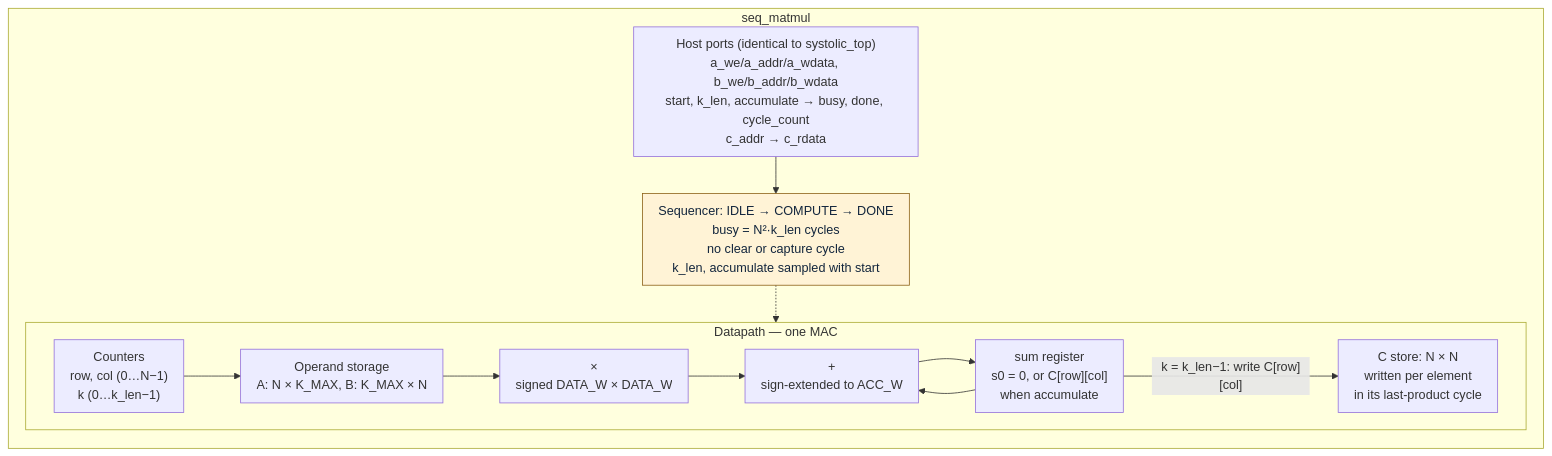
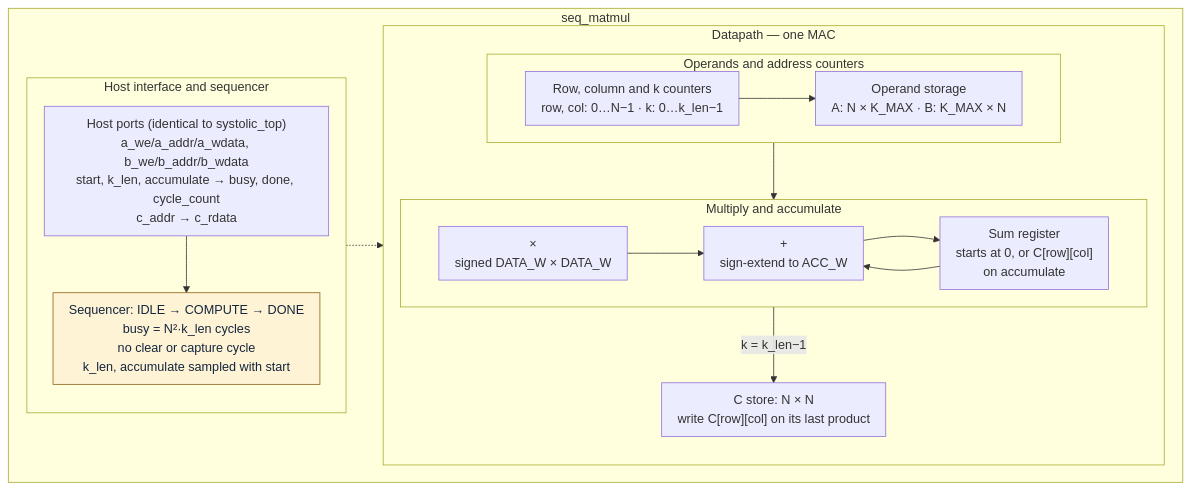
The diagram in docs/architecture/src/seq_baseline.mmd (vks-g/systolic-matmul-accelerator), drawn with Mermaid before and after one commit. The commit also changed 15 other files, not shown here.

Commit message:
docs(architecture): address diagram review feedback

```diff
--- a/docs/architecture/src/seq_baseline.mmd
+++ b/docs/architecture/src/seq_baseline.mmd
@@ -1,36 +1,44 @@
 ---
 config:
   flowchart:
     nodeSpacing: 24
     rankSpacing: 22
     padding: 10
     wrappingWidth: 320
 ---
-flowchart TB
+flowchart LR
   accTitle: Sequential baseline block diagram — one MAC, same host interface as the accelerator
   accDescr: seq_matmul keeps the same ports, address map and host protocol as systolic_top. Operand storage holds A and B. Row, column and k counters address the storage. A single multiplier and adder form one MAC; the running sum restarts at zero, or at the stored C element on an accumulate run. Each finished element is written to the C store in the cycle of its last product. The sequencer is busy for N squared times k_len cycles.
 
   subgraph top["seq_matmul"]
-    direction TB
-    host["Host ports (identical to systolic_top)<br/>a_we/a_addr/a_wdata, b_we/b_addr/b_wdata<br/>start, k_len, accumulate → busy, done, cycle_count<br/>c_addr → c_rdata"]
-    seq["Sequencer: IDLE → COMPUTE → DONE<br/>busy = N²·k_len cycles<br/>no clear or capture cycle<br/>k_len, accumulate sampled with start"]
+    direction LR
+    subgraph control["Host interface and sequencer"]
+      direction TB
+      host["Host ports (identical to systolic_top)<br/>a_we/a_addr/a_wdata, b_we/b_addr/b_wdata<br/>start, k_len, accumulate → busy, done, cycle_count<br/>c_addr → c_rdata"]
+      seq["Sequencer: IDLE → COMPUTE → DONE<br/>busy = N²·k_len cycles<br/>no clear or capture cycle<br/>k_len, accumulate sampled with start"]
+      host --> seq
+    end
     subgraph dp["Datapath — one MAC"]
-      direction LR
-      store["Operand storage<br/>A: N × K_MAX, B: K_MAX × N"]
-      ctr["Counters<br/>row, col (0…N−1)<br/>k (0…k_len−1)"]
-      mul["×<br/>signed DATA_W × DATA_W"]
-      add["+<br/>sign-extended to ACC_W"]
-      sum["sum register<br/>s0 = 0, or C[row][col]<br/>when accumulate"]
-      cstore["C store: N × N<br/>written per element<br/>in its last-product cycle"]
+      direction TB
+      subgraph operands["Operands and address counters"]
+        direction LR
+        store["Operand storage<br/>A: N × K_MAX  ·  B: K_MAX × N"]
+        ctr["Row, column and k counters<br/>row, col: 0…N−1  ·  k: 0…k_len−1"]
+      end
+      subgraph mac["Multiply and accumulate"]
+        direction LR
+        mul["×<br/>signed DATA_W × DATA_W"]
+        add["+<br/>sign-extend to ACC_W"]
+        sum["Sum register<br/>starts at 0, or C[row][col]<br/>on accumulate"]
+        mul --> add --> sum
+        sum --> add
+      end
+      cstore["C store: N × N<br/>write C[row][col] on its last product"]
       store --> mul
       ctr --> store
-      mul --> add
-      add --> sum
-      sum --> add
-      sum -->|"k = k_len−1: write C[row][col]"| cstore
+      sum -->|"k = k_len−1"| cstore
     end
-    host --> seq
     seq -.-> dp
   end
   classDef control fill:#fff3d6,stroke:#8b6016,color:#13263d
   class seq control
```
